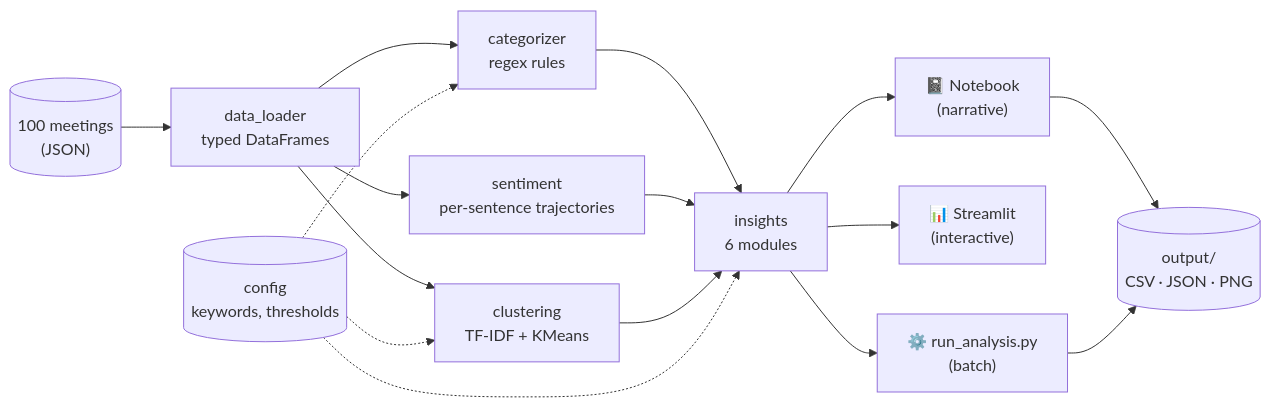
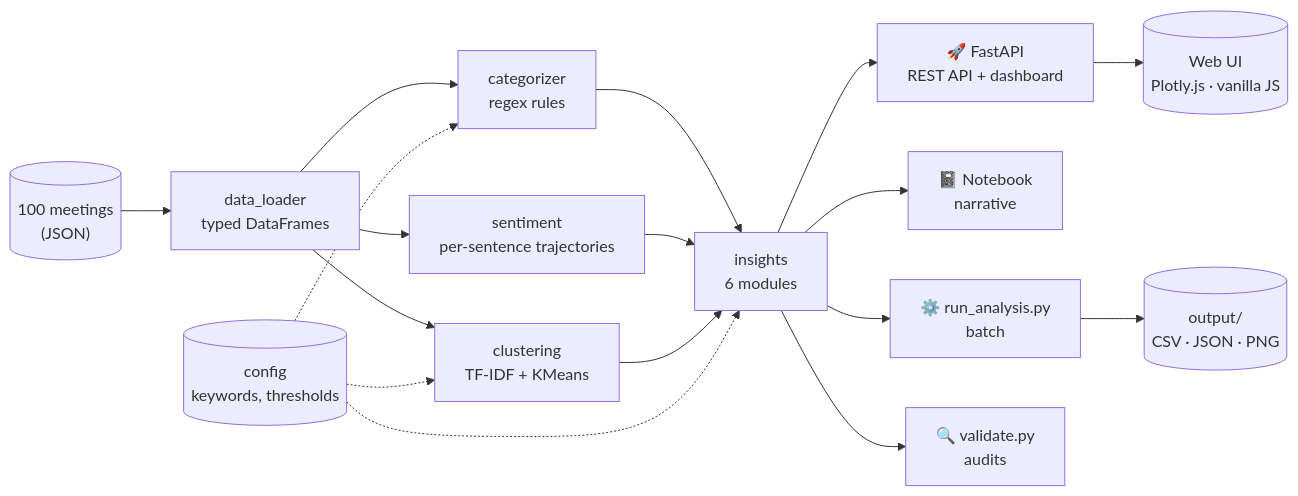
Before and after one commit to r2st/rubrik: the diagram in README.md, drawn with Mermaid. The commit also changed other lines of this file and 30 other files, not shown here.

First line of the commit message:
Production-ready refactor: FastAPI + web UI + CI + tests + Docker

````diff
--- a/README.md
+++ b/README.md
@@ -64,23 +67,24 @@
 ```mermaid
 flowchart LR
     Data[("100 meetings<br/>(JSON)")] --> Loader["data_loader<br/>typed DataFrames"]
 
     Loader --> Categorizer["categorizer<br/>regex rules"]
     Loader --> Sentiment["sentiment<br/>per-sentence trajectories"]
     Loader --> Clustering["clustering<br/>TF-IDF + KMeans"]
 
     Categorizer --> Insights["insights<br/>6 modules"]
     Sentiment --> Insights
     Clustering --> Insights
 
     Config[("config<br/>keywords, thresholds")] -.-> Categorizer
     Config -.-> Clustering
     Config -.-> Insights
 
-    Insights --> Notebook["📓 Notebook<br/>(narrative)"]
-    Insights --> Dashboard["📊 Streamlit<br/>(interactive)"]
-    Insights --> CLI["⚙️ run_analysis.py<br/>(batch)"]
+    Insights --> API["🚀 FastAPI<br/>REST API + dashboard"]
+    Insights --> Notebook["📓 Notebook<br/>narrative"]
+    Insights --> CLI["⚙️ run_analysis.py<br/>batch"]
+    Insights --> Validator["🔍 validate.py<br/>audits"]
 
-    Notebook --> Out[("output/<br/>CSV · JSON · PNG")]
-    CLI --> Out
+    API --> Web[("Web UI<br/>Plotly.js · vanilla JS")]
+    CLI --> Out[("output/<br/>CSV · JSON · PNG")]
 ```
````
